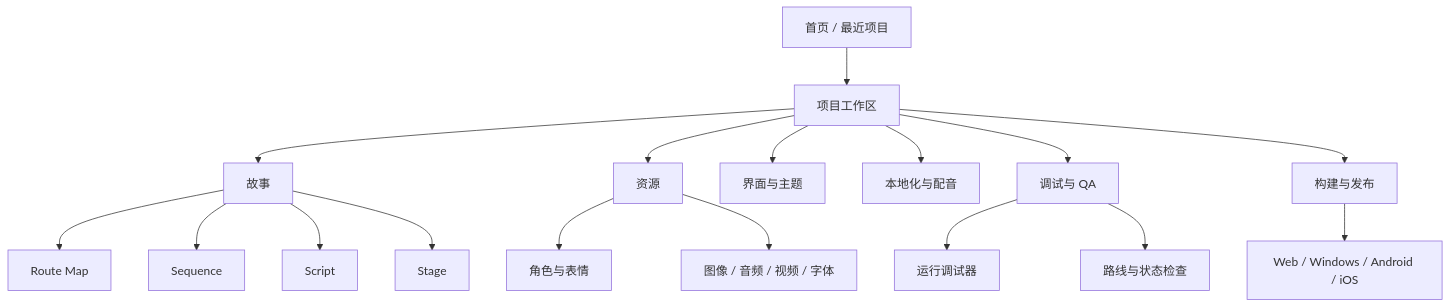
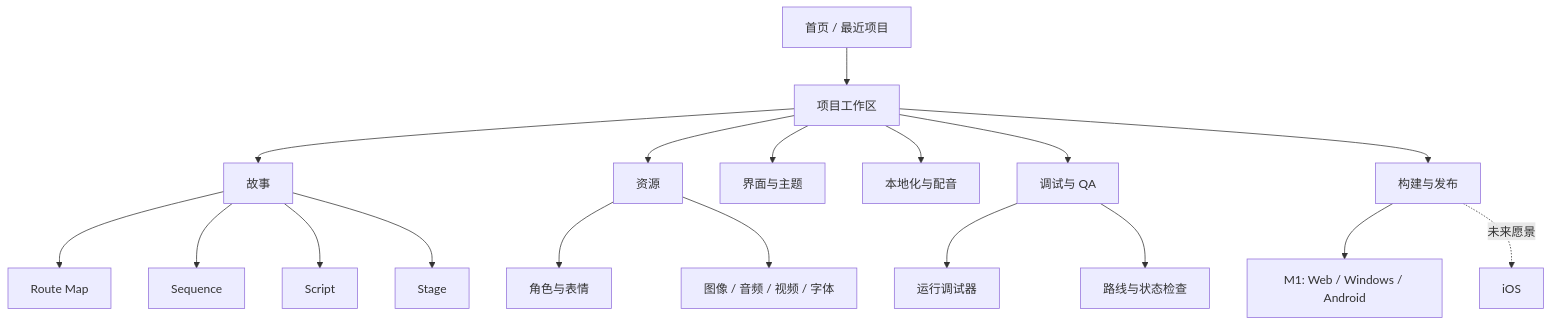
One commit to Longyuyeee/WorLdGame changed the first of 3 diagrams in docs/04-ux-architecture.md. Above: the diagram before and after it, drawn with Mermaid. The commit also changed 11 other files, not shown here.

````diff
--- a/docs/04-ux-architecture.md
+++ b/docs/04-ux-architecture.md
@@ -33,19 +33,20 @@
 ```mermaid
 flowchart TD
     Home["首页 / 最近项目"] --> Workspace["项目工作区"]
     Workspace --> Story["故事"]
     Workspace --> Assets["资源"]
     Workspace --> UI["界面与主题"]
     Workspace --> L10n["本地化与配音"]
     Workspace --> QA["调试与 QA"]
     Workspace --> Build["构建与发布"]
     Story --> Route["Route Map"]
     Story --> Sequence["Sequence"]
     Story --> Script["Script"]
     Story --> Stage["Stage"]
     Assets --> Characters["角色与表情"]
     Assets --> Media["图像 / 音频 / 视频 / 字体"]
     QA --> Debugger["运行调试器"]
     QA --> Solver["路线与状态检查"]
-    Build --> Targets["Web / Windows / Android / iOS"]
+    Build --> Targets["M1: Web / Windows / Android"]
+    Build -. "未来愿景" .-> FutureTarget["iOS"]
 ```
````
